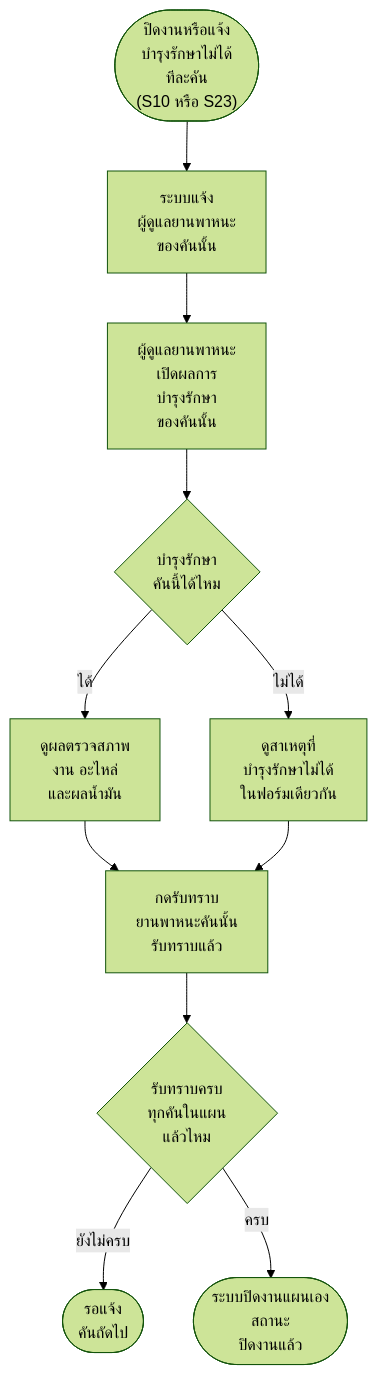
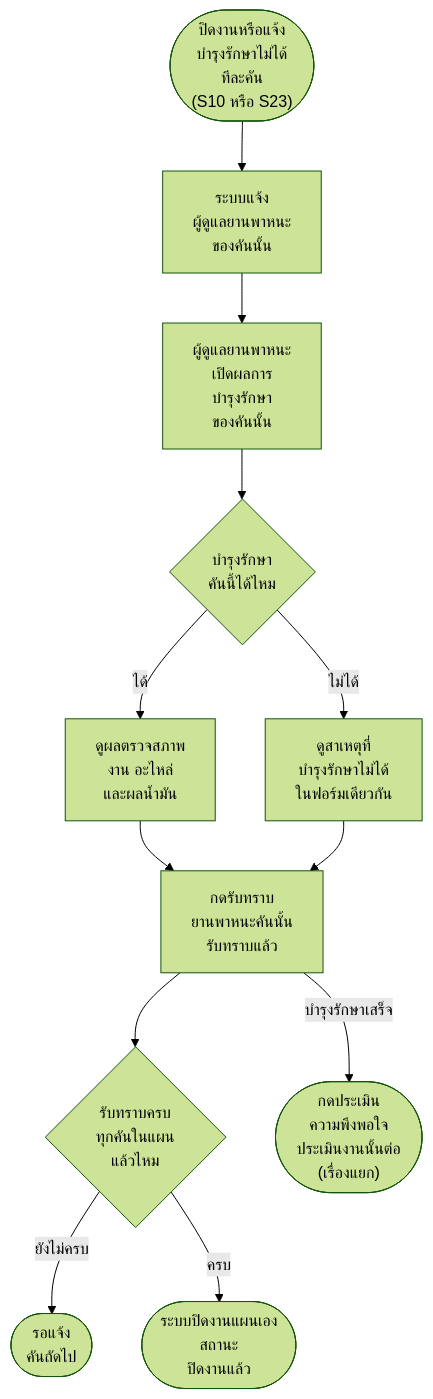
Before and after one commit to anugmail/Maintenance-Request-Form: diagram 15 of 17 in Diagram/01-บำรุงรักษาตามวาระ/27-บำรุงรักษา-flowchart-กิจกรรม.md, drawn with Mermaid (forest theme). The commit also changed other lines of this file and 10 other files, not shown here.

````diff
--- a/Diagram/01-บำรุงรักษาตามวาระ/27-บำรุงรักษา-flowchart-กิจกรรม.md
+++ b/Diagram/01-บำรุงรักษาตามวาระ/27-บำรุงรักษา-flowchart-กิจกรรม.md
@@ -334,13 +334,14 @@
 ```mermaid
 flowchart TD
     S(["ปิดงานหรือแจ้ง<br/>บำรุงรักษาไม่ได้<br/>ทีละคัน<br/>(S10 หรือ S23)"]) --> A1["ระบบแจ้ง<br/>ผู้ดูแลยานพาหนะ<br/>ของคันนั้น"]
     A1 --> A2["ผู้ดูแลยานพาหนะ<br/>เปิดผลการ<br/>บำรุงรักษา<br/>ของคันนั้น"]
     A2 --> Q1{"บำรุงรักษา<br/>คันนี้ได้ไหม"}
     Q1 -->|ได้| A3["ดูผลตรวจสภาพ<br/>งาน อะไหล่<br/>และผลน้ำมัน"]
     A3 --> A6
     Q1 -->|ไม่ได้| A5["ดูสาเหตุที่<br/>บำรุงรักษาไม่ได้<br/>ในฟอร์มเดียวกัน"]
     A5 --> A6["กดรับทราบ<br/>ยานพาหนะคันนั้น<br/>รับทราบแล้ว"]
     A6 --> Q3{"รับทราบครบ<br/>ทุกคันในแผน<br/>แล้วไหม"}
     Q3 -->|ยังไม่ครบ| E1(["รอแจ้ง<br/>คันถัดไป"])
     Q3 -->|ครบ| E2(["ระบบปิดงานแผนเอง<br/>สถานะ<br/>ปิดงานแล้ว"])
+    A6 -->|บำรุงรักษาเสร็จ| E3(["กดประเมิน<br/>ความพึงพอใจ<br/>ประเมินงานนั้นต่อ<br/>(เรื่องแยก)"])
 ```
````
